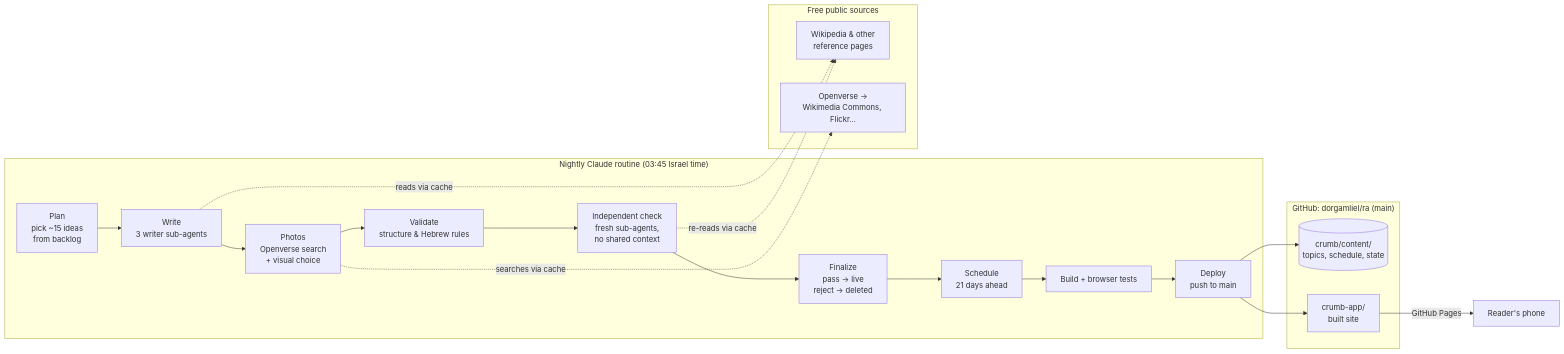
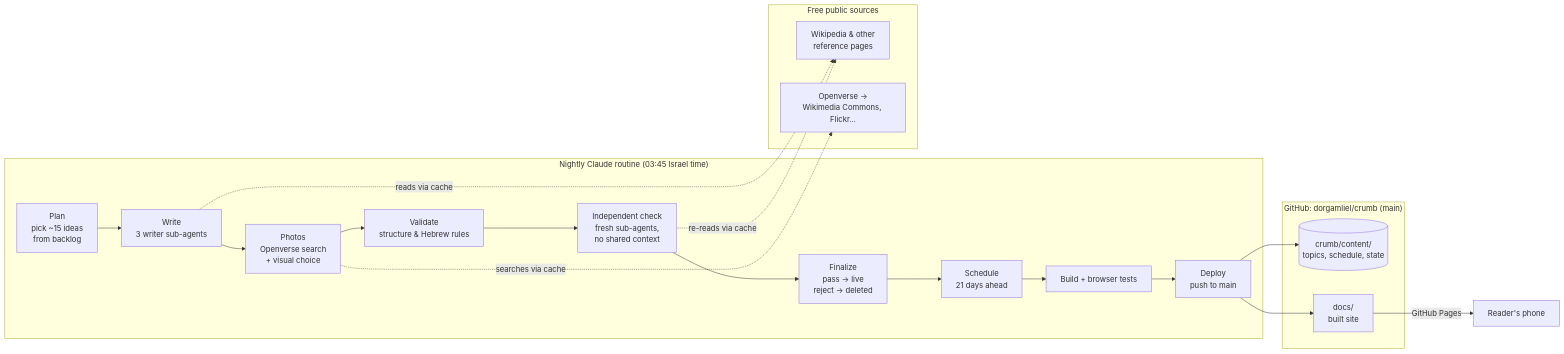
One commit to dorgamliel/crumb changed the first of 3 diagrams in crumb/docs/ARCHITECTURE.md. Above: the diagram before and after it, drawn with Mermaid. The commit also changed other lines of this file and 5 other files, not shown here.

````diff
--- a/crumb/docs/ARCHITECTURE.md
+++ b/crumb/docs/ARCHITECTURE.md
@@ -15,30 +15,30 @@
 ```mermaid
 flowchart LR
   subgraph Cloud["Nightly Claude routine (03:45 Israel time)"]
     P[Plan<br/>pick ~15 ideas<br/>from backlog] --> W[Write<br/>3 writer sub-agents]
     W --> I[Photos<br/>Openverse search<br/>+ visual choice]
     I --> V[Validate<br/>structure & Hebrew rules]
     V --> C[Independent check<br/>fresh sub-agents,<br/>no shared context]
     C --> F[Finalize<br/>pass → live<br/>reject → deleted]
     F --> S[Schedule<br/>21 days ahead]
     S --> B[Build + browser tests]
     B --> D[Deploy<br/>push to main]
   end
 
-  subgraph Repo["GitHub: dorgamliel/ra (main)"]
+  subgraph Repo["GitHub: dorgamliel/crumb (main)"]
     CT[(crumb/content/<br/>topics, schedule, state)]
-    APP[crumb-app/<br/>built site]
+    APP[docs/<br/>built site]
   end
 
   subgraph Free["Free public sources"]
     WP[Wikipedia & other<br/>reference pages]
     OV[Openverse →<br/>Wikimedia Commons, Flickr…]
   end
 
   W -. reads via cache .-> WP
   C -. re-reads via cache .-> WP
   I -. searches via cache .-> OV
   D --> CT
   D --> APP
   APP -->|GitHub Pages| U[Reader's phone]
 ```
````
